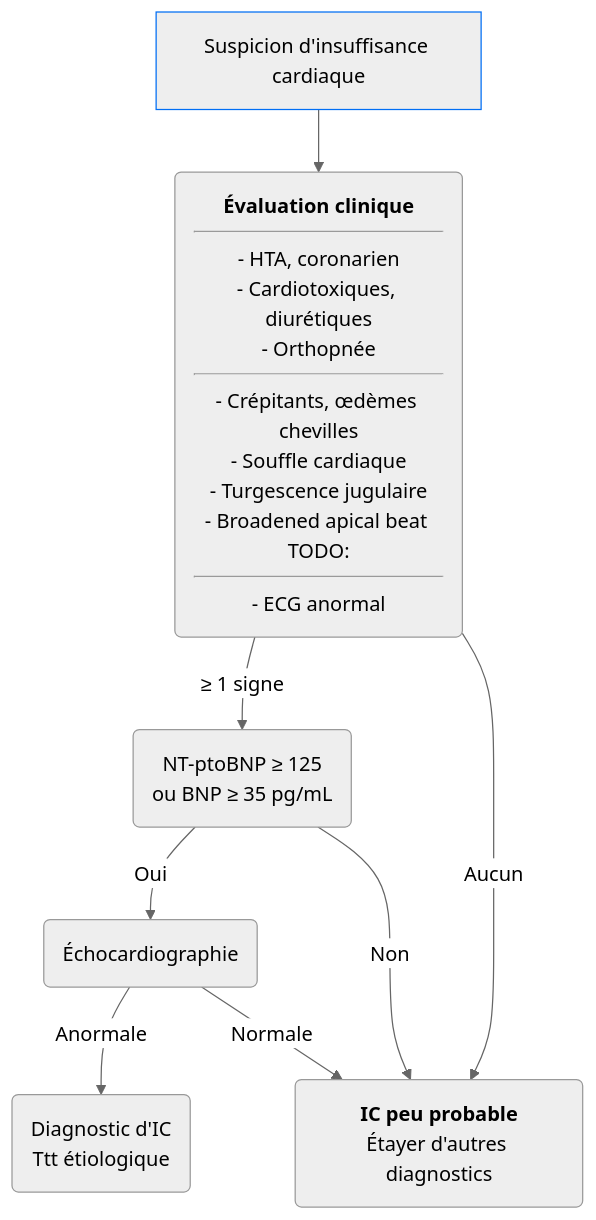
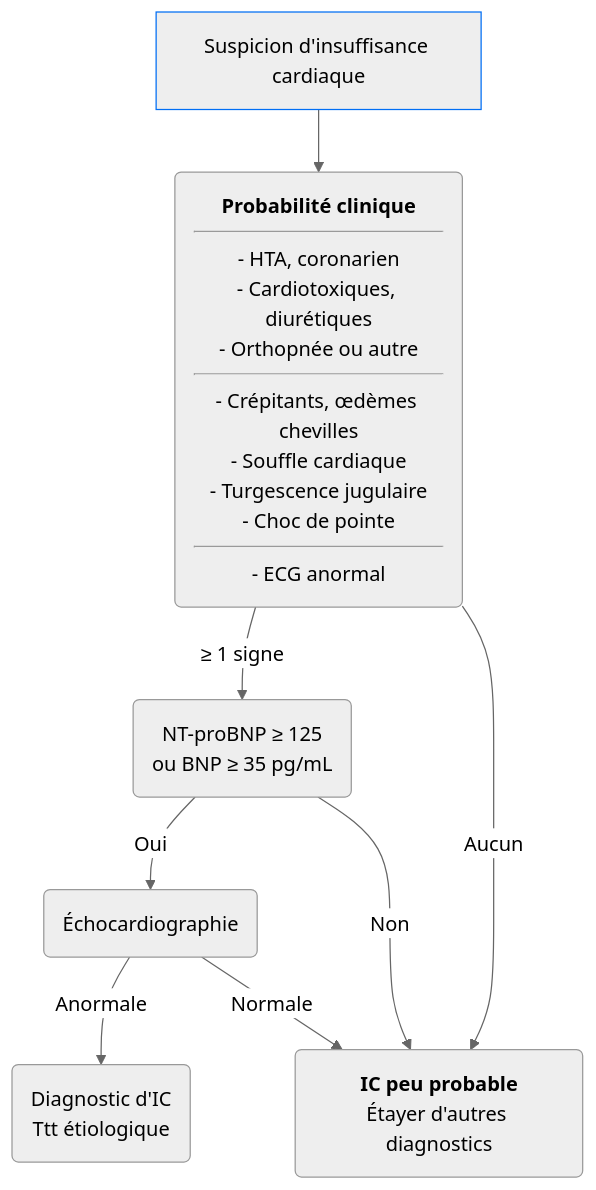
One commit to djibe/recommandations-medicales changed the first of 2 diagrams in content/recommandations/insuffisance-cardiaque-chronique.md. Above: the diagram before and after it, drawn with Mermaid (neutral theme). The commit also changed other lines of this file and 23 other files, not shown here.

```diff
--- a/content/recommandations/insuffisance-cardiaque-chronique.md
+++ b/content/recommandations/insuffisance-cardiaque-chronique.md
@@ -320,12 +331,12 @@
 {{< mermaid title="Conduite à tenir pour le diagnostic de l'insuffisance cardiaque chronique. Dr JB FRON d'après ESC 2016" >}}
 graph TB
 suspicion[Suspicion d'insuffisance cardiaque]
 style suspicion stroke:#006ef4, stroke-width:1px
-  suspicion --> clinique("<b>Évaluation clinique</b><hr>- HTA, coronarien<br>- Cardiotoxiques, diurétiques<br>- Orthopnée<hr>- Crépitants, œdèmes chevilles<br>- Souffle cardiaque<br>- Turgescence jugulaire<br>- Broadened apical beat TODO:<hr>- ECG anormal")
-    clinique -- "&ge; 1 signe"--> BNP("NT-ptoBNP &ge; 125<br>ou BNP &ge; 35 pg/mL")
+  suspicion --> clinique("<b>Probabilité clinique</b><hr>- HTA, coronarien<br>- Cardiotoxiques, diurétiques<br>- Orthopnée ou autre<hr>- Crépitants, œdèmes chevilles<br>- Souffle cardiaque<br>- Turgescence jugulaire<br>- Choc de pointe<hr>- ECG anormal")
+    clinique -- "&ge; 1 signe"--> BNP("NT-proBNP &ge; 125<br>ou BNP &ge; 35 pg/mL")
       BNP -- Oui --> ETT(Échocardiographie)
         ETT -- Anormale --> diagnostic("Diagnostic d'IC<br>Ttt étiologique")
         ETT -- Normale --> differentiel
       BNP -- Non --> differentiel
     clinique -- Aucun --> differentiel("<b>IC peu probable</b><br>Étayer d'autres diagnostics")
 {{< /mermaid >}}
```
